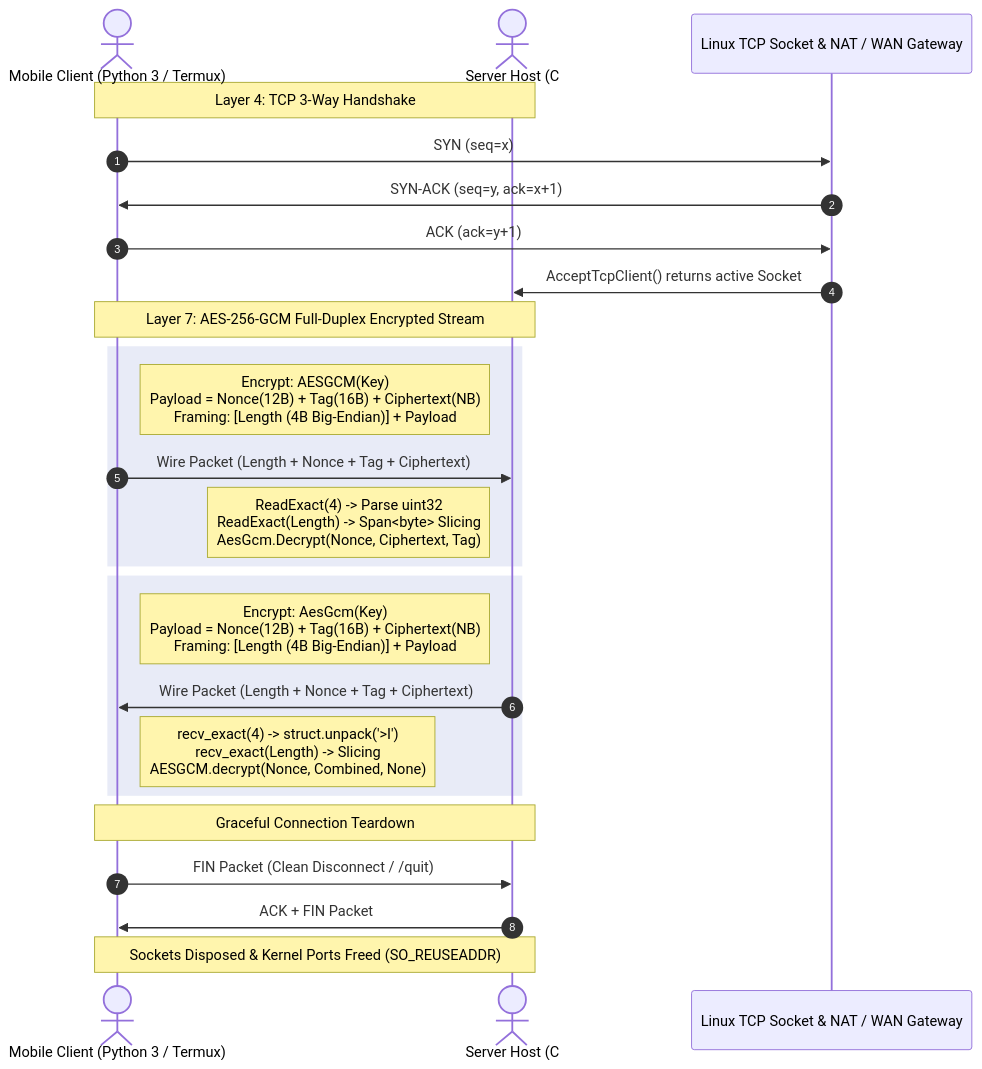
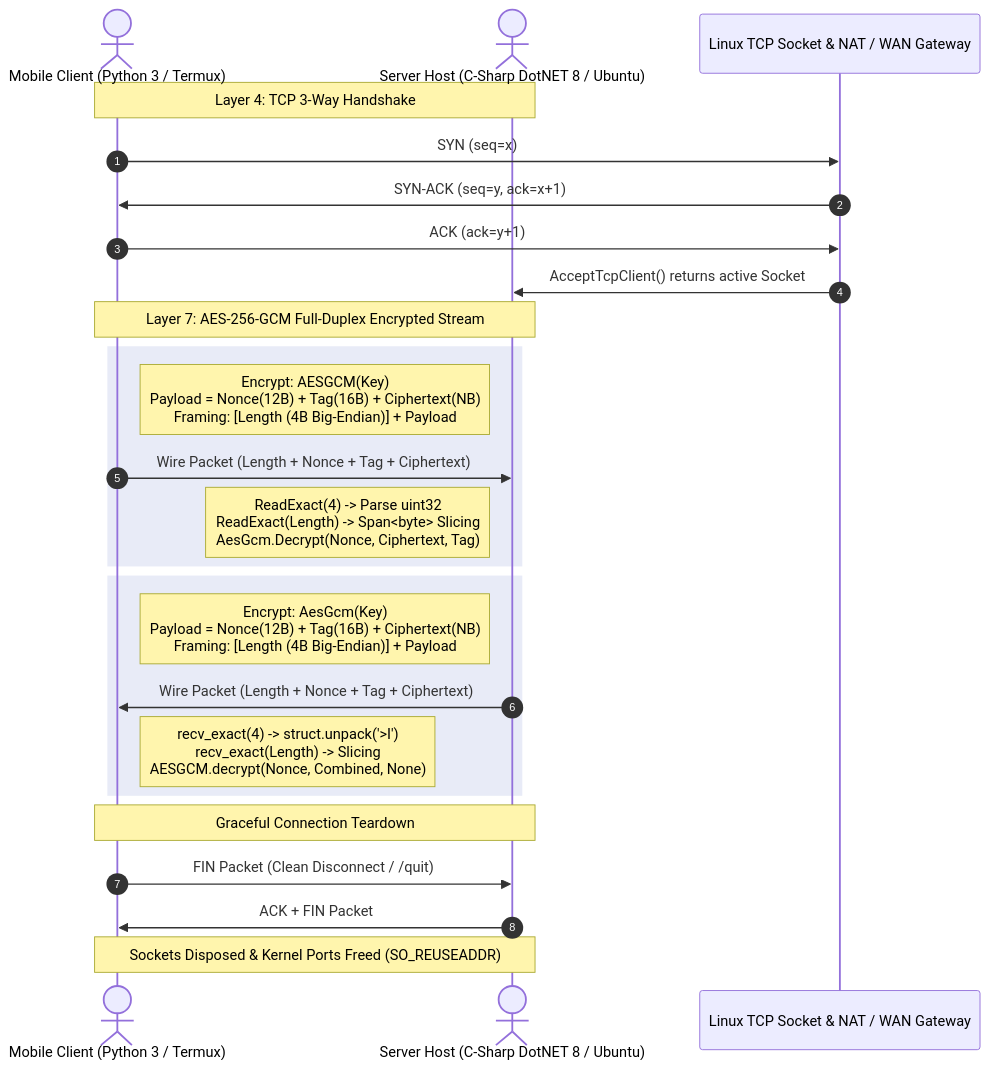
Before and after one commit to khodor-harakeh/encrypted-chat: the diagram in ARCHITECTURE.md, drawn with Mermaid.

Commit message:
Update actor name format in architecture diagram

````diff
--- a/ARCHITECTURE.md
+++ b/ARCHITECTURE.md
@@ -1,31 +1,31 @@
 ```mermaid
 sequenceDiagram
     autonumber
     actor MobileUser as Mobile Client (Python 3 / Termux)
-    actor ServerAdmin as Server Host (C# .NET 8 / Ubuntu)
+    actor ServerAdmin as Server Host (C-Sharp DotNET 8 / Ubuntu)
     participant Kernel as Linux TCP Socket & NAT / WAN Gateway
 
     Note over MobileUser, ServerAdmin: Layer 4: TCP 3-Way Handshake
     MobileUser->>Kernel: SYN (seq=x)
     Kernel->>MobileUser: SYN-ACK (seq=y, ack=x+1)
     MobileUser->>Kernel: ACK (ack=y+1)
     Kernel->>ServerAdmin: AcceptTcpClient() returns active Socket
 
     Note over MobileUser, ServerAdmin: Layer 7: AES-256-GCM Full-Duplex Encrypted Stream
     rect rgba(100, 120, 200, 0.15)
         Note right of MobileUser: Encrypt: AESGCM(Key)<br/>Payload = Nonce(12B) + Tag(16B) + Ciphertext(NB)<br/>Framing: [Length (4B Big-Endian)] + Payload
         MobileUser->>ServerAdmin: Wire Packet (Length + Nonce + Tag + Ciphertext)
         Note left of ServerAdmin: ReadExact(4) -> Parse uint32<br/>ReadExact(Length) -> Span<byte> Slicing<br/>AesGcm.Decrypt(Nonce, Ciphertext, Tag)
     end
 
     rect rgba(100, 120, 200, 0.15)
         Note left of ServerAdmin: Encrypt: AesGcm(Key)<br/>Payload = Nonce(12B) + Tag(16B) + Ciphertext(NB)<br/>Framing: [Length (4B Big-Endian)] + Payload
         ServerAdmin->>MobileUser: Wire Packet (Length + Nonce + Tag + Ciphertext)
         Note right of MobileUser: recv_exact(4) -> struct.unpack('>I')<br/>recv_exact(Length) -> Slicing<br/>AESGCM.decrypt(Nonce, Combined, None)
     end
 
     Note over MobileUser, ServerAdmin: Graceful Connection Teardown
     MobileUser->>ServerAdmin: FIN Packet (Clean Disconnect / /quit)
     ServerAdmin->>MobileUser: ACK + FIN Packet
     Note over MobileUser, ServerAdmin: Sockets Disposed & Kernel Ports Freed (SO_REUSEADDR)
 ```
````
